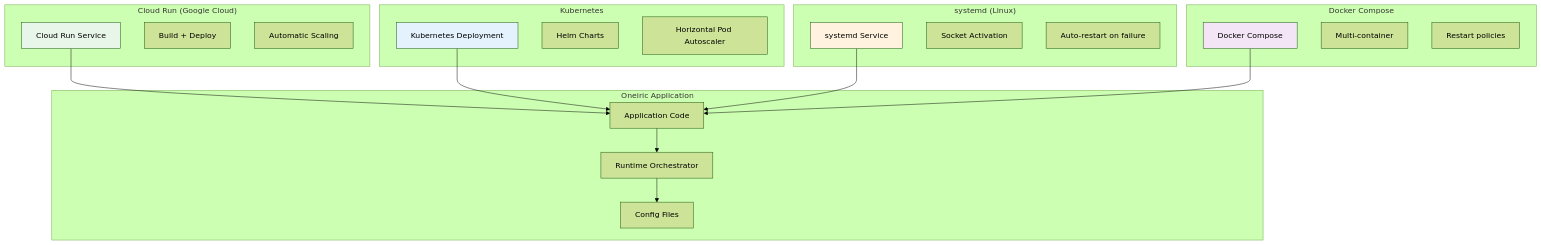
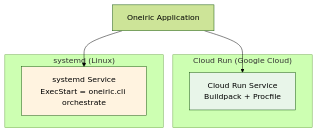
Diagram 25 of 32 in docs/VISUAL_GUIDE.md (lesleslie/oneiric), drawn with Mermaid (forest theme) before and after one commit. The commit also changed other lines of this file, not shown here.

First line of the commit message:
fix(oneiric): trim deployment diagram to documented targets (Cloud Run + systemd)

````diff
--- a/docs/VISUAL_GUIDE.md
+++ b/docs/VISUAL_GUIDE.md
@@ -839,45 +839,18 @@
 ```mermaid
 graph TB
+    APP[Oneiric Application]
+
     subgraph "Cloud Run (Google Cloud)"
-        CR[Cloud Run Service]
-        CR_B[Build + Deploy]
-        CR_M[Automatic Scaling]
-    end
-
-    subgraph "Kubernetes"
-        K8S[Kubernetes Deployment]
-        K8S_H[Helm Charts]
-        K8S_M[Horizontal Pod Autoscaler]
+        CR[Cloud Run Service<br/>Buildpack + Procfile]
     end
 
     subgraph "systemd (Linux)"
-        SD[systemd Service]
-        SD_S[Socket Activation]
-        SD_R[Auto-restart on failure]
+        SD[systemd Service<br/>ExecStart = oneiric.cli orchestrate]
     end
 
-    subgraph "Docker Compose"
-        DC[Docker Compose]
-        DC_N[Multi-container]
-        DC_R[Restart policies]
-    end
-
-    subgraph "Oneiric Application"
-        APP[Application Code]
-        ORCH[Runtime Orchestrator]
-        CONF[Config Files]
-    end
-
-    CR --> APP
-    K8S --> APP
-    SD --> APP
-    DC --> APP
-
-    APP --> ORCH
-    ORCH --> CONF
+    APP --> CR
+    APP --> SD
 
     style CR fill:#e8f5e9
-    style K8S fill:#e3f2fd
     style SD fill:#fff3e0
-    style DC fill:#f3e5f5
 ```
````
